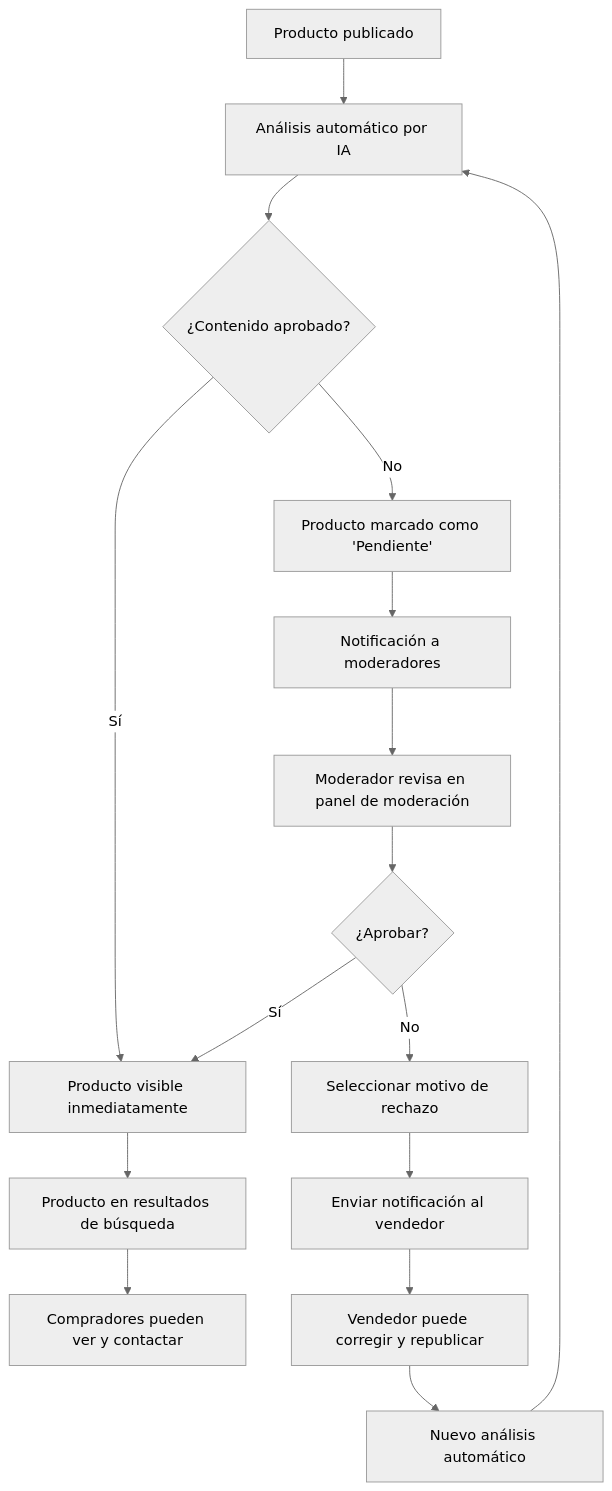
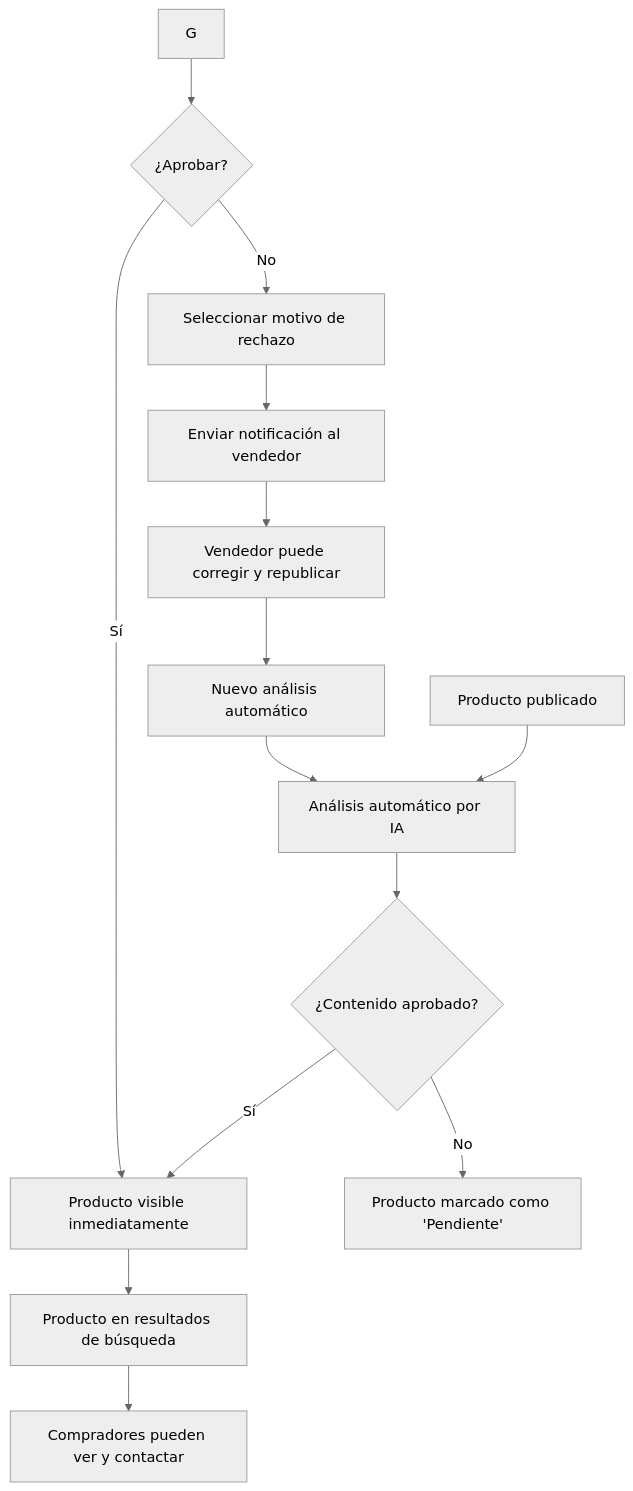
One commit to Whatfck/UniShop changed the fourth of 4 diagrams in docs/diseno-ui-ux.md. Above: the diagram before and after it, drawn with Mermaid (neutral theme). The commit also changed other lines of this file and 34 other files, not shown here.

````diff
--- a/docs/diseno-ui-ux.md
+++ b/docs/diseno-ui-ux.md
@@ -656,24 +654,22 @@
 ```mermaid
 flowchart TD
     A[Producto publicado] --> B[Análisis automático por IA]
     B --> C{¿Contenido aprobado?}
 
     C -->|Sí| D[Producto visible inmediatamente]
     C -->|No| E[Producto marcado como 'Pendiente']
 
-    E --> F[Notificación a moderadores]
-    F --> G[Moderador revisa en panel de moderación]
 
     G --> H{¿Aprobar?}
     H -->|Sí| D
     H -->|No| I[Seleccionar motivo de rechazo]
 
     I --> J[Enviar notificación al vendedor]
     J --> K[Vendedor puede corregir y republicar]
 
     K --> L[Nuevo análisis automático]
     L --> B
 
     D --> M[Producto en resultados de búsqueda]
     M --> N[Compradores pueden ver y contactar]
 ```
````
